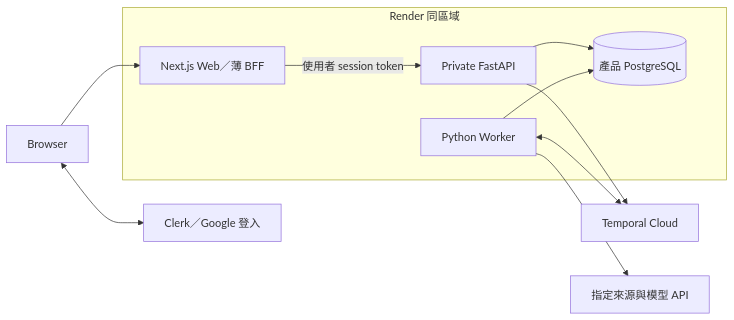
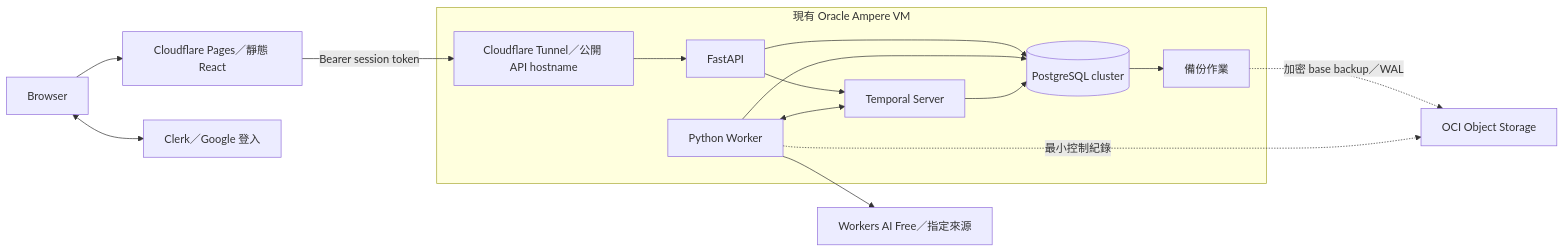
The diagram in ARCHITECTURE.md (Will413028/whisky-discovery-agent), drawn with Mermaid before and after one commit. The commit also changed other lines of this file and 2 other files, not shown here.

Commit message:
docs: replan hosting for Oracle and Cloudflare budget

````diff
--- a/ARCHITECTURE.md
+++ b/ARCHITECTURE.md
@@ -74,13 +76,18 @@
 ```mermaid
 flowchart LR
-  B[Browser] --> UI[Next.js Web／薄 BFF]
+  B[Browser] --> UI[Cloudflare Pages／靜態 React]
   B <--> A[Clerk／Google 登入]
-  subgraph R[Render 同區域]
-    UI -->|使用者 session token| API[Private FastAPI]
-    API --> DB[(產品 PostgreSQL)]
+  UI -->|Bearer session token| E[Cloudflare Tunnel／公開 API hostname]
+  subgraph O[現有 Oracle Ampere VM]
+    E --> API[FastAPI]
+    API --> DB[(PostgreSQL cluster)]
     W[Python Worker] --> DB
+    API --> T[Temporal Server]
+    W <--> T
+    T --> DB
+    DB --> BK[備份作業]
   end
-  API --> T[Temporal Cloud]
-  W <--> T
-  W --> S[指定來源與模型 API]
+  BK -. 加密 base backup／WAL .-> S[OCI Object Storage]
+  W --> M[Workers AI Free／指定來源]
+  W -. 最小控制紀錄 .-> S
 ```
````
